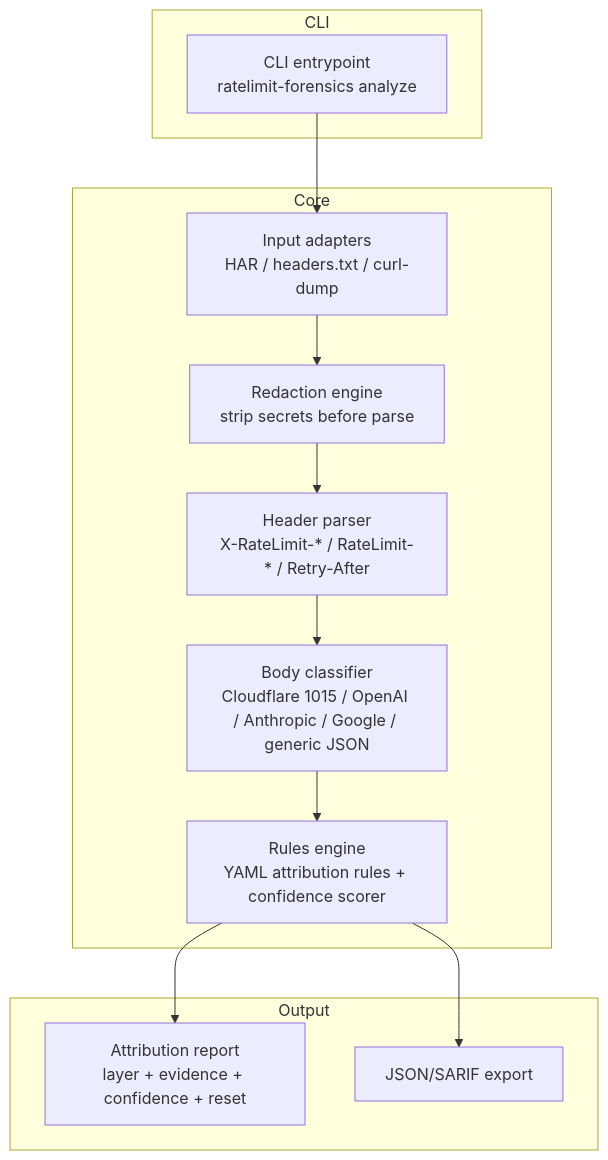
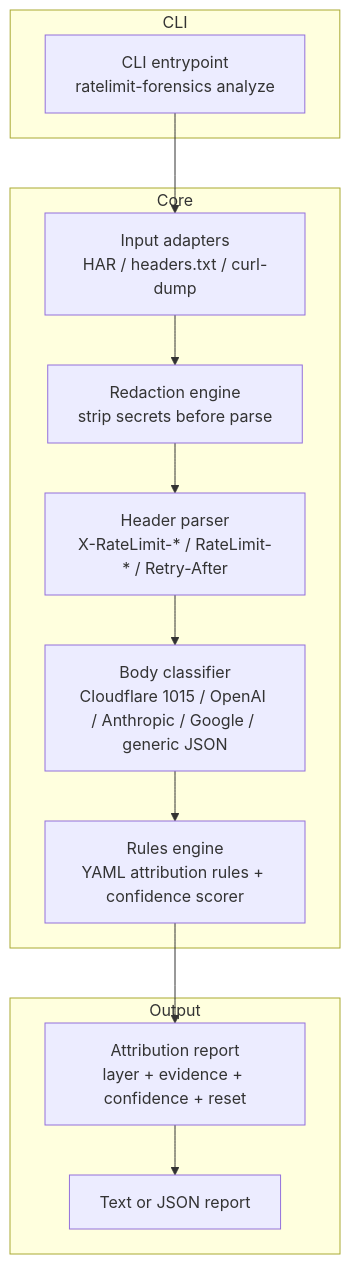
Before and after one commit to maxico714/ratelimit-forensics: the diagram in docs/TECHNICAL.md, drawn with Mermaid. The commit also changed other lines of this file and 1 other file, not shown here.

````diff
--- a/docs/TECHNICAL.md
+++ b/docs/TECHNICAL.md
@@ -5,19 +5,19 @@
 ```mermaid
 graph TB
     subgraph CLI
         A[CLI entrypoint<br/>ratelimit-forensics analyze]
     end
     subgraph Core
         B[Input adapters<br/>HAR / headers.txt / curl-dump]
         C[Redaction engine<br/>strip secrets before parse]
         D[Header parser<br/>X-RateLimit-* / RateLimit-* / Retry-After]
         E[Body classifier<br/>Cloudflare 1015 / OpenAI / Anthropic / Google / generic JSON]
         F[Rules engine<br/>YAML attribution rules + confidence scorer]
     end
     subgraph Output
         G[Attribution report<br/>layer + evidence + confidence + reset]
-        H[JSON/SARIF export]
+        H[Text or JSON report]
     end
     A --> B --> C --> D --> E --> F --> G
-    F --> H
+    G --> H
 ```
````
